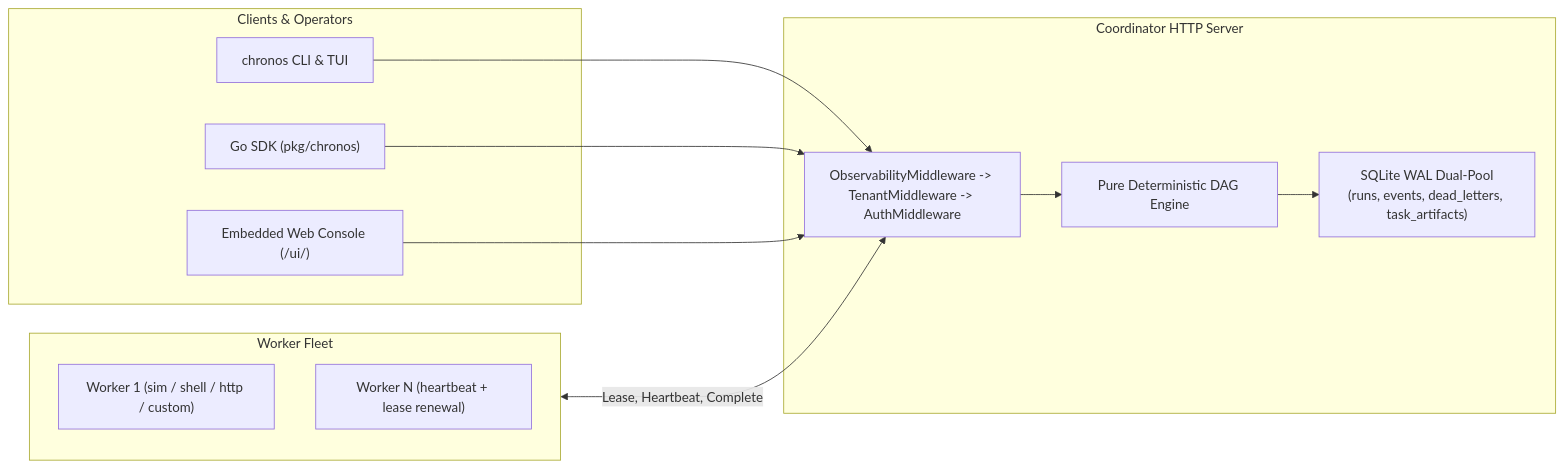
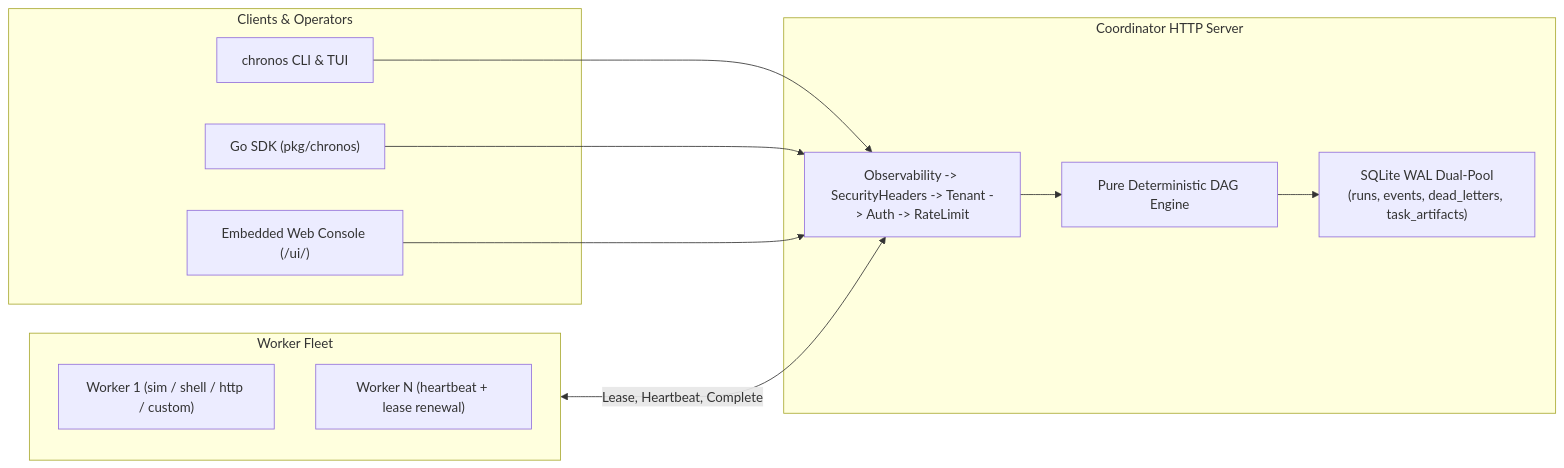
The diagram in README.md (creova-gif/chronos-sched), drawn with Mermaid before and after one commit. The commit also changed 9 other files, not shown here.

Commit message:
feat(enterprise): auth-denied metrics, artifact download headers, and dependabot (#31)

````diff
--- a/README.md
+++ b/README.md
@@ -33,25 +33,25 @@
 ```mermaid
 flowchart LR
     subgraph Clients["Clients & Operators"]
         CLI["chronos CLI & TUI"]
         SDK["Go SDK (pkg/chronos)"]
         UI["Embedded Web Console (/ui/)"]
     end
 
     subgraph Coordinator["Coordinator HTTP Server"]
-        MW["ObservabilityMiddleware -> TenantMiddleware -> AuthMiddleware"]
+        MW["Observability -> SecurityHeaders -> Tenant -> Auth -> RateLimit"]
         Engine["Pure Deterministic DAG Engine"]
         Store["SQLite WAL Dual-Pool\n(runs, events, dead_letters, task_artifacts)"]
         MW --> Engine --> Store
     end
 
     subgraph Workers["Worker Fleet"]
         W1["Worker 1 (sim / shell / http / custom)"]
         W2["Worker N (heartbeat + lease renewal)"]
     end
 
     CLI --> MW
     SDK --> MW
     UI --> MW
     Workers <-->|"Lease, Heartbeat, Complete"| MW
 ```
````
